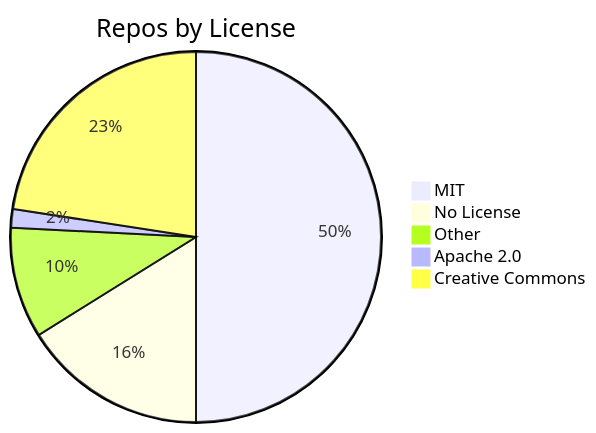
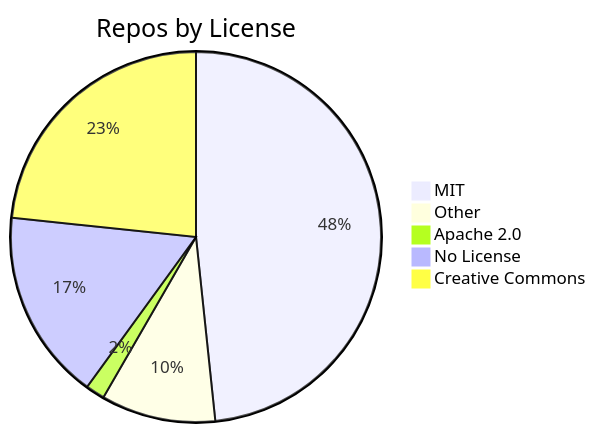
The diagram in README.md (jpatterson933/awesome-mcp-server-repo-index), drawn with Mermaid before and after one commit. The commit also changed other lines of this file and 7 other files, not shown here.

````diff
--- a/README.md
+++ b/README.md
@@ -31,8 +31,8 @@
 ```mermaid
 pie title Repos by License
-    "MIT" : 31
-    "No License" : 10
+    "MIT" : 29
     "Other" : 6
     "Apache 2.0" : 1
+    "No License" : 10
     "Creative Commons" : 14
 ```
````
